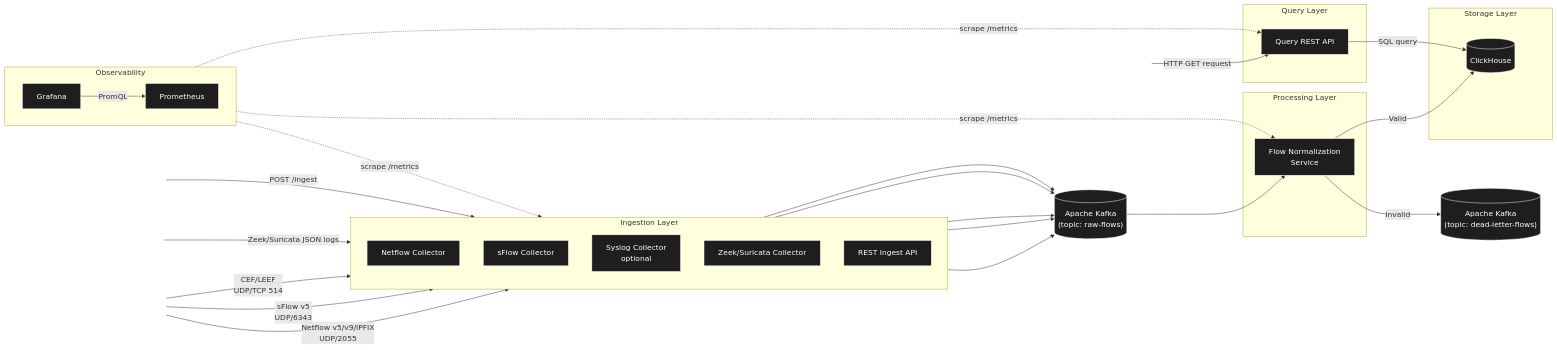
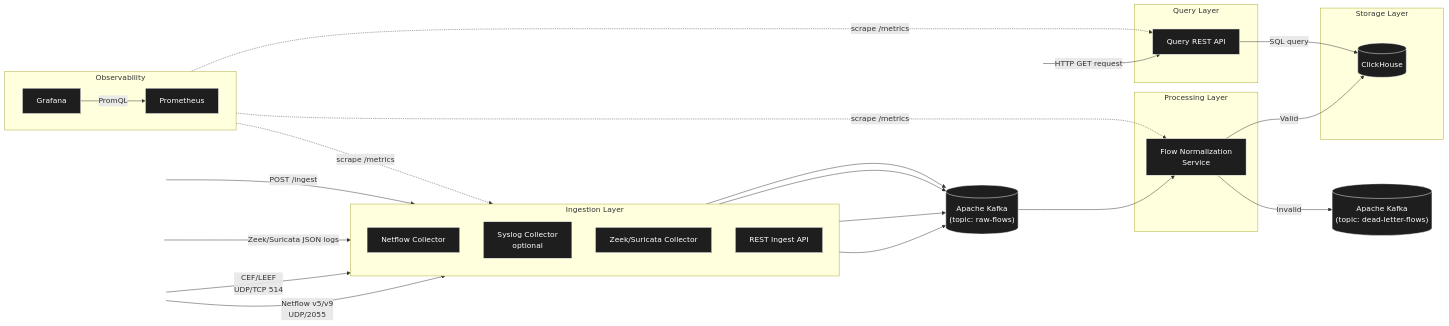
The first of 9 diagrams in docs/SDD.md (bankientapcode-1410/NetworkFlowCollector), drawn with Mermaid before and after one commit. The commit also changed other lines of this file and 4 other files, not shown here.

````diff
--- a/docs/SDD.md
+++ b/docs/SDD.md
@@ -141,77 +139,74 @@
 ```mermaid
 flowchart LR
 %% Định dạng style cơ bản
 classDef default fill:#1E1E1E,stroke:#FFF,stroke-width:1px,color:#FFF;
 classDef actor fill:none,stroke:none,color:#FFF;
 classDef database fill:#1E1E1E,stroke:#FFF,stroke-width:1px,color:#FFF;
 
     %% --- Actors (Nguồn và Đích) ---
     ND["Network Devices"]:::actor
     NS["Network Sensor<br>Zeek/Suricata"]:::actor
     IC["Integration<br>Client/Test Script"]:::actor
     AN["Analyst / Downstream Consumer"]:::actor
 
     %% --- Layers & Components ---
     
     subgraph Ingestion_Layer [Ingestion Layer]
         direction TB
         NC[Netflow Collector]
-        SC[sFlow Collector]
         SyC[Syslog Collector<br>optional]
         ZSC[Zeek/Suricata Collector]
         RIA[REST Ingest API]
     end
 
     %% Kafka (Message Brokers)
     KR[("Apache Kafka<br>(topic: raw-flows)")]:::database
     KD[("Apache Kafka<br>(topic: dead-letter-flows)")]:::database
 
     subgraph Processing_Layer [Processing Layer]
         FNS[Flow Normalization<br>Service]
     end
 
     subgraph Storage_Layer [Storage Layer]
         CH[("ClickHouse")]:::database
     end
 
     subgraph Query_Layer [Query Layer]
         QRA[Query REST API]
     end
 
     subgraph Observability [Observability]
         direction LR
         PROM[Prometheus]
         GRAF[Grafana]
     end
 
     %% --- Connections (Luồng Dữ Liệu) ---
 
     %% Từ nguồn tới Ingestion Layer
-    ND -->|"Netflow v5/v9/IPFIX<br>UDP/2055"| NC
-    ND -->|"sFlow v5<br>UDP/6343"| SC
+    ND -->|"Netflow v5/v9<br>UDP/2055"| NC
     ND -->|"CEF/LEEF<br>UDP/TCP 514"| SyC
     NS -->|"Zeek/Suricata JSON logs"| ZSC
     IC -->|"POST /ingest"| RIA
 
     %% Từ Ingestion Layer tới Kafka (Raw)
     NC --> KR
-    SC --> KR
     SyC --> KR
     ZSC --> KR
     RIA --> KR
 
     %% Từ Kafka qua Processing tới Storage / DLQ
     KR --> FNS
     FNS -->|"Valid"| CH
     FNS -->|"Invalid"| KD
 
     %% User Query flow
     QRA -->|"SQL query"| CH
     AN -->|"HTTP GET request"| QRA
 
     %% --- Observability Flow (Prometheus chủ động scrape metrics) ---
     PROM -. "scrape /metrics" .-> Ingestion_Layer
     PROM -. "scrape /metrics" .-> FNS
     PROM -. "scrape /metrics" .-> QRA
     GRAF -->|"PromQL"| PROM
 ```
````
